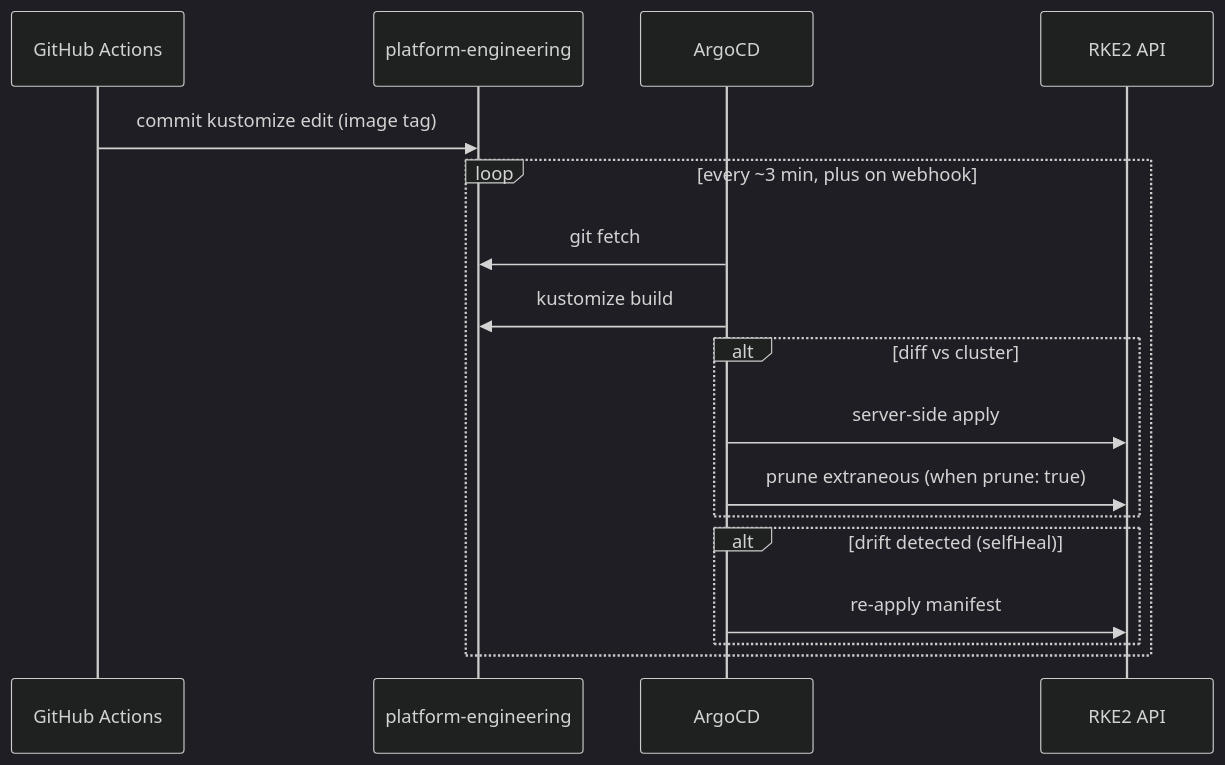
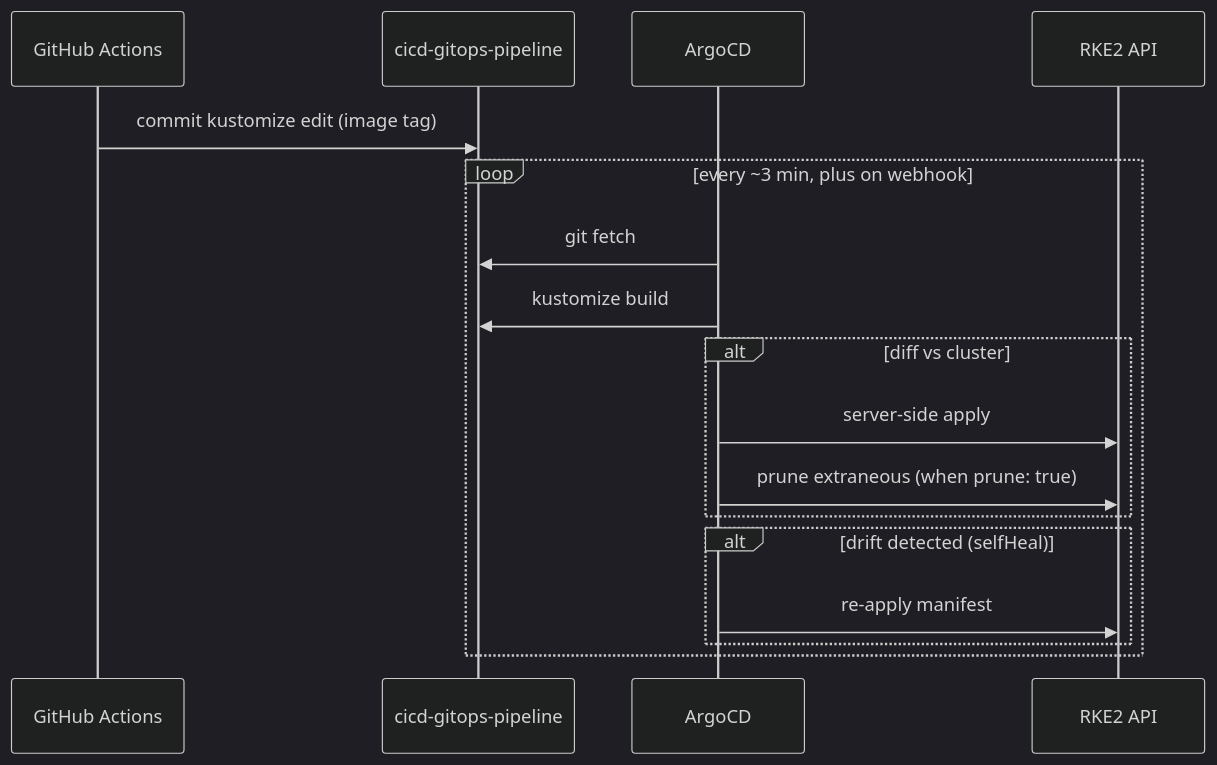
One commit to alexmchughdev/cicd-gitops-pipeline changed the third of 3 diagrams in docs/architecture.md. Above: the diagram before and after it, drawn with Mermaid (dark theme). The commit also changed other lines of this file and 8 other files, not shown here.

First line of the commit message:
docs: update repo references after rename to cicd-gitops-pipeline

````diff
--- a/docs/architecture.md
+++ b/docs/architecture.md
@@ -76,19 +76,19 @@
 ```mermaid
 sequenceDiagram
   participant CI as GitHub Actions
-  participant Repo as platform-engineering
+  participant Repo as cicd-gitops-pipeline
   participant Argo as ArgoCD
   participant K8s as RKE2 API
   CI->>Repo: commit kustomize edit (image tag)
   loop every ~3 min, plus on webhook
     Argo->>Repo: git fetch
     Argo->>Repo: kustomize build
     alt diff vs cluster
       Argo->>K8s: server-side apply
       Argo->>K8s: prune extraneous (when prune: true)
     end
     alt drift detected (selfHeal)
       Argo->>K8s: re-apply manifest
     end
   end
 ```
````
